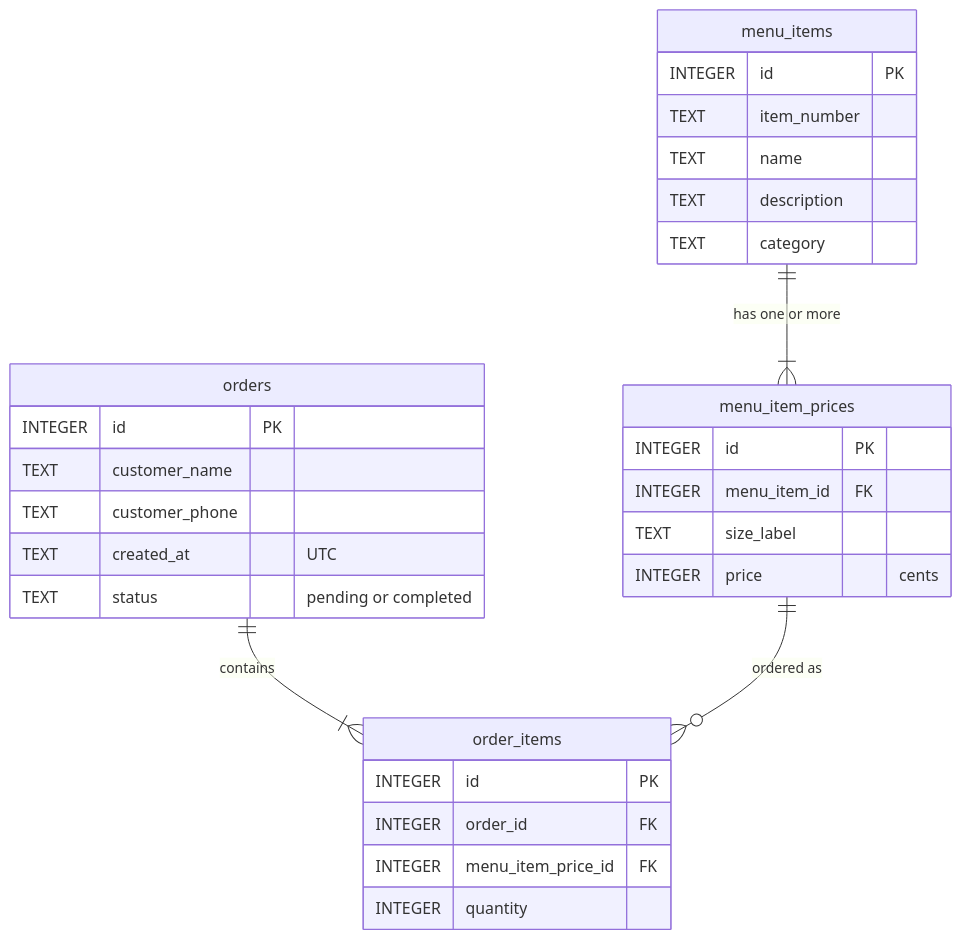
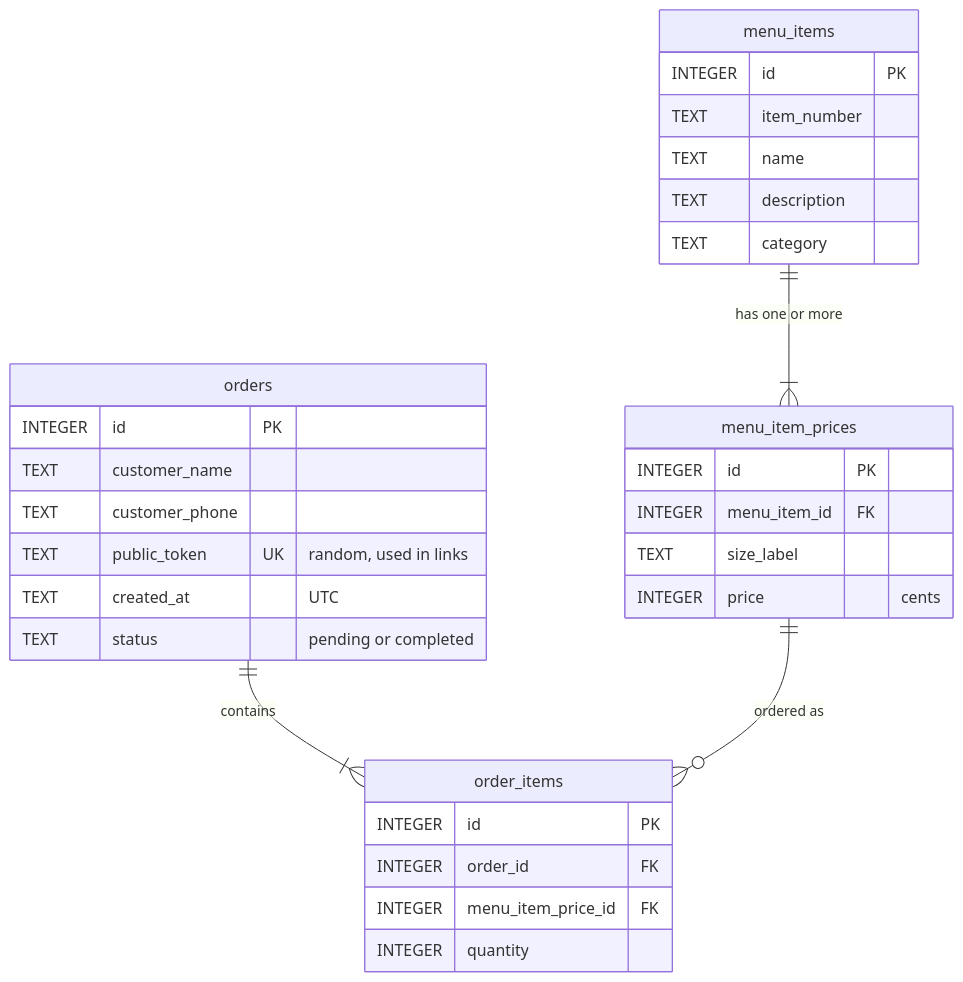
One commit to ericwei2235/restaurant-menu-system changed the diagram in README.md. Above: the diagram before and after it, drawn with Mermaid. The commit also changed other lines of this file and 3 other files, not shown here.

Commit message:
Use random tokens instead of order numbers in confirmation links

````diff
--- a/README.md
+++ b/README.md
@@ -29,33 +29,34 @@
 ```mermaid
 erDiagram
     menu_items ||--|{ menu_item_prices : "has one or more"
     orders ||--|{ order_items : contains
     menu_item_prices ||--o{ order_items : "ordered as"
 
     menu_items {
         INTEGER id PK
         TEXT item_number
         TEXT name
         TEXT description
         TEXT category
     }
     menu_item_prices {
         INTEGER id PK
         INTEGER menu_item_id FK
         TEXT size_label
         INTEGER price "cents"
     }
     orders {
         INTEGER id PK
         TEXT customer_name
         TEXT customer_phone
+        TEXT public_token UK "random, used in links"
         TEXT created_at "UTC"
         TEXT status "pending or completed"
     }
     order_items {
         INTEGER id PK
         INTEGER order_id FK
         INTEGER menu_item_price_id FK
         INTEGER quantity
     }
 ```
````
